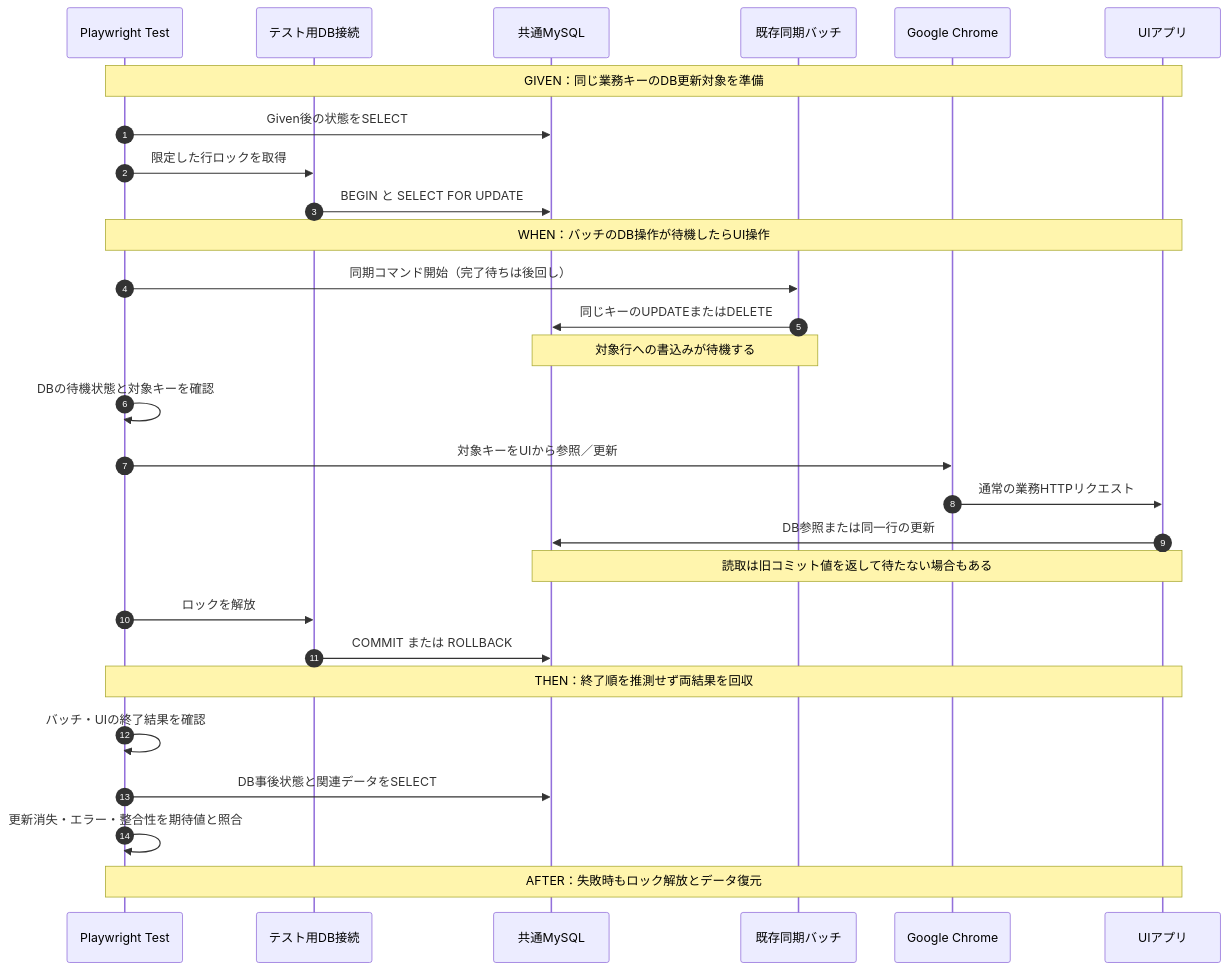
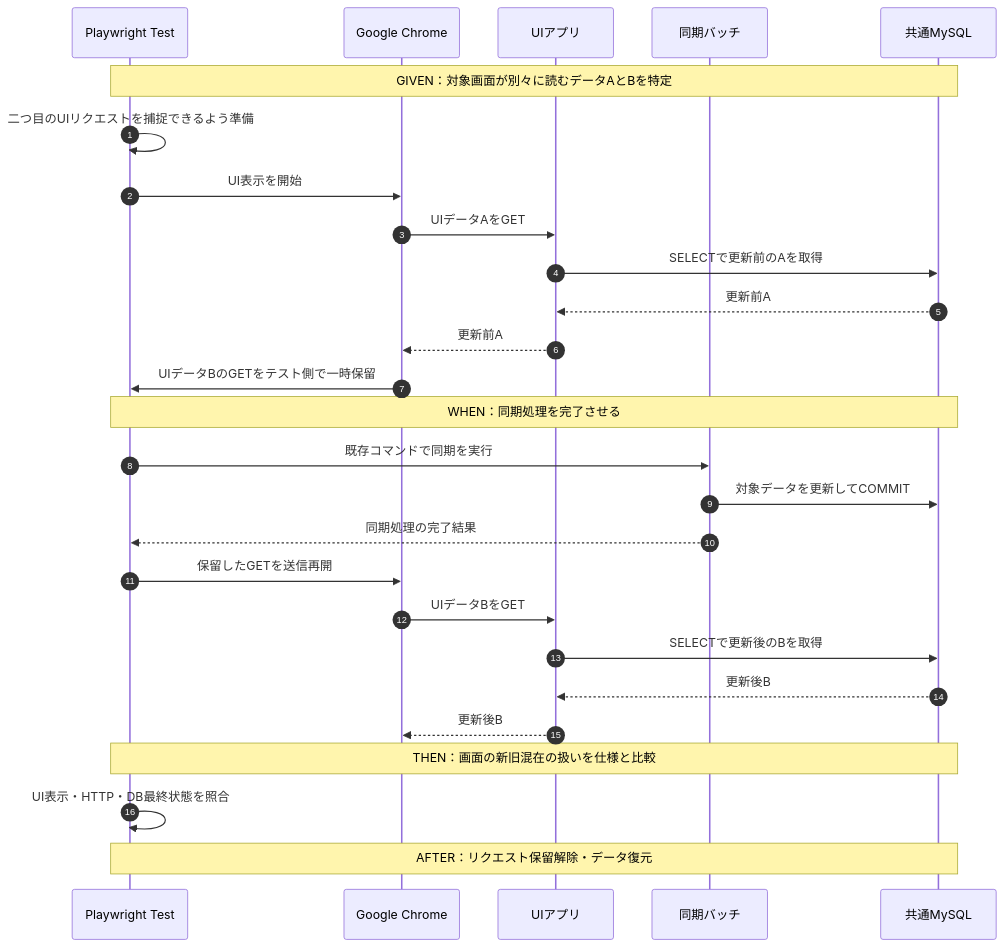
The third of 3 diagrams in docs/cross-feature-system-scenarios.md (Takahiro-Kaji/playwright-demo), drawn with Mermaid before and after one commit. The commit also changed other lines of this file, not shown here.

````diff
--- a/docs/cross-feature-system-scenarios.md
+++ b/docs/cross-feature-system-scenarios.md
@@ -142,31 +143,30 @@
 ```mermaid
 sequenceDiagram
     autonumber
     participant T as Playwright Test
-    participant L as テスト用DB接続
-    participant D as 共通MySQL
-    participant B as 既存同期バッチ
     participant C as Google Chrome
     participant A as UIアプリ
+    participant B as 同期バッチ
+    participant D as 共通MySQL
 
-    Note over T,A: GIVEN：同じ業務キーのDB更新対象を準備
-    T->>D: Given後の状態をSELECT
-    T->>L: 限定した行ロックを取得
-    L->>D: BEGIN と SELECT FOR UPDATE
-    Note over T,A: WHEN：バッチのDB操作が待機したらUI操作
-    T->>B: 同期コマンド開始（完了待ちは後回し）
-    B->>D: 同じキーのUPDATEまたはDELETE
-    Note over B,D: 対象行への書込みが待機する
-    T->>T: DBの待機状態と対象キーを確認
-    T->>C: 対象キーをUIから参照／更新
-    C->>A: 通常の業務HTTPリクエスト
-    A->>D: DB参照または同一行の更新
-    Note over A,D: 読取は旧コミット値を返して待たない場合もある
-    T->>L: ロックを解放
-    L->>D: COMMIT または ROLLBACK
-    Note over T,A: THEN：終了順を推測せず両結果を回収
-    T->>T: バッチ・UIの終了結果を確認
-    T->>D: DB事後状態と関連データをSELECT
-    T->>T: 更新消失・エラー・整合性を期待値と照合
-    Note over T,A: AFTER：失敗時もロック解放とデータ復元
+    Note over T,D: GIVEN：対象画面が別々に読むデータAとBを特定
+    T->>T: 二つ目のUIリクエストを捕捉できるよう準備
+    T->>C: UI表示を開始
+    C->>A: UIデータAをGET
+    A->>D: SELECTで更新前のAを取得
+    D-->>A: 更新前A
+    A-->>C: 更新前A
+    C->>T: UIデータBのGETをテスト側で一時保留
+    Note over T,D: WHEN：同期処理を完了させる
+    T->>B: 既存コマンドで同期を実行
+    B->>D: 対象データを更新してCOMMIT
+    B-->>T: 同期処理の完了結果
+    T->>C: 保留したGETを送信再開
+    C->>A: UIデータBをGET
+    A->>D: SELECTで更新後のBを取得
+    D-->>A: 更新後B
+    A-->>C: 更新後B
+    Note over T,D: THEN：画面の新旧混在の扱いを仕様と比較
+    T->>T: UI表示・HTTP・DB最終状態を照合
+    Note over T,D: AFTER：リクエスト保留解除・データ復元
 ```
````
